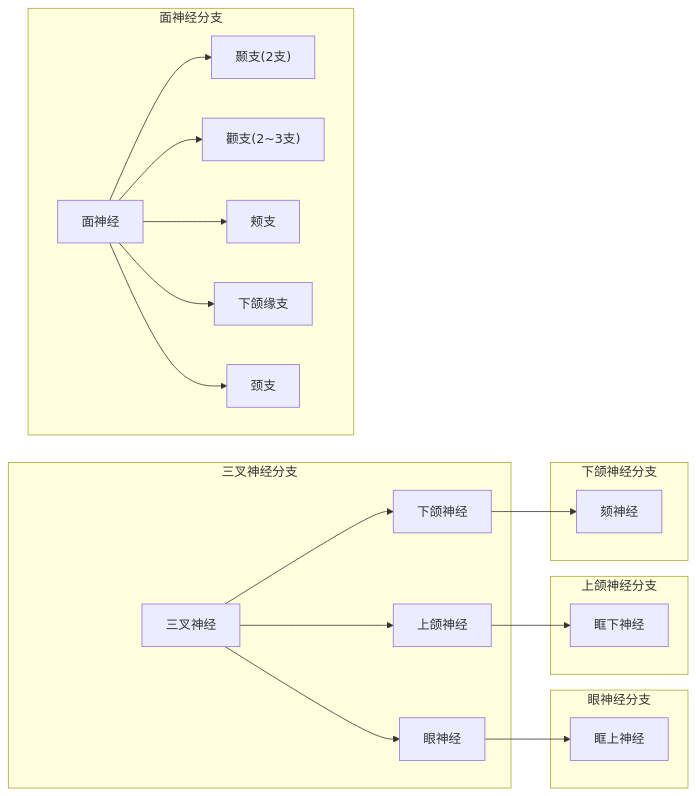
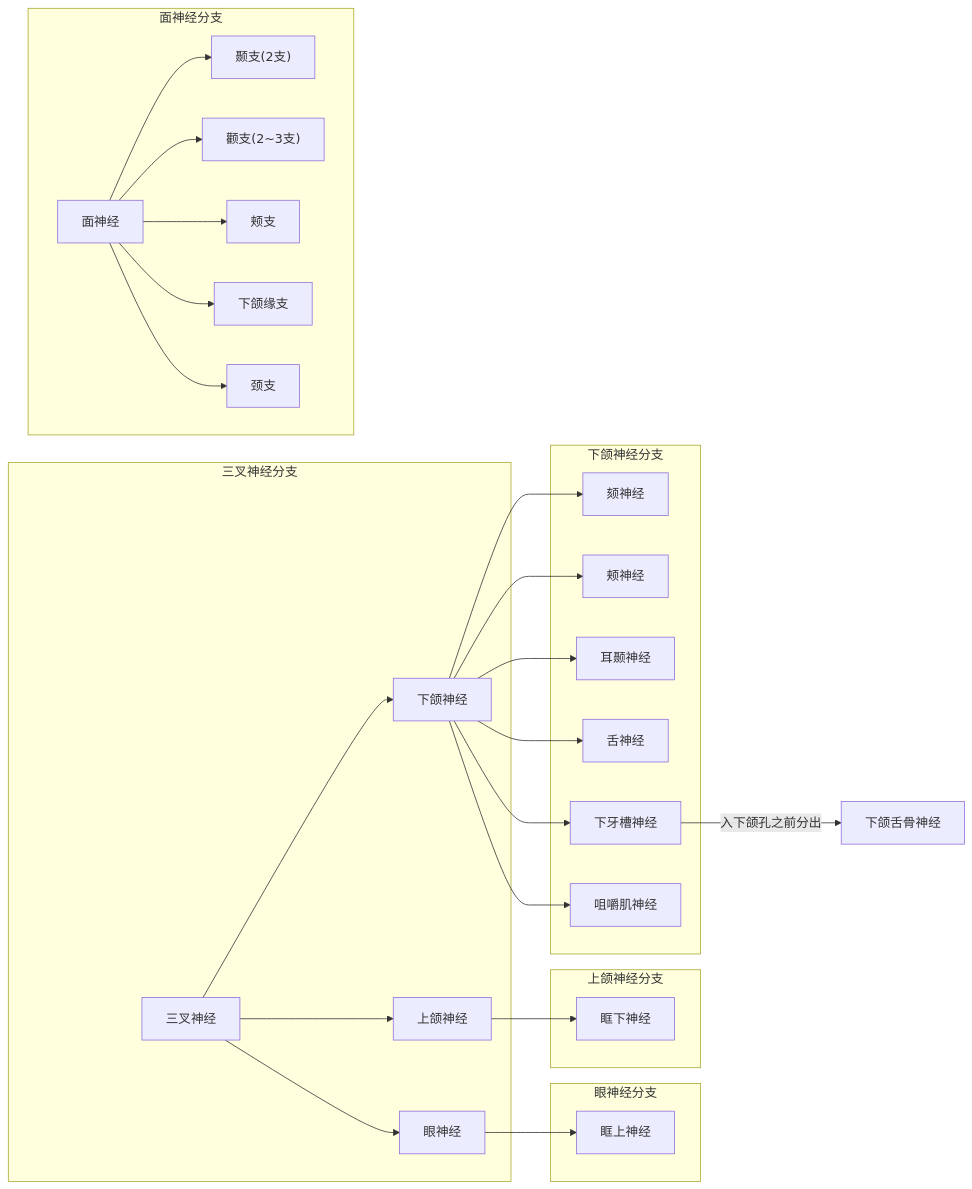
The diagram in 局部解剖学/mermaid/面神经.mmd (lifegpc/study-notes), drawn with Mermaid before and after one commit. The commit also changed 4 other files, not shown here.

```diff
--- a/局部解剖学/mermaid/面神经.mmd
+++ b/局部解剖学/mermaid/面神经.mmd
@@ -1,23 +1,29 @@
 flowchart LR
 subgraph 三叉神经分支
 TN[三叉神经]-->ON[眼神经]
 TN-->MXN[上颌神经]
 TN-->MNN[下颌神经]
 end
 subgraph 眼神经分支
 ON-->眶上神经
 end
 subgraph 上颌神经分支
 MXN-->眶下神经
 end
 subgraph 下颌神经分支
 MNN-->颏神经
+MNN-->颊神经
+MNN-->耳颞神经
+MNN-->舌神经
+MNN-->IAN[下牙槽神经]
+MNN-->咀嚼肌神经
 end
+IAN-->|入下颌孔之前分出|下颌舌骨神经
 subgraph 面神经分支
 direction LR
 FN[面神经]-->TB["颞支(2支)"]
 FN-->ZB["颧支(2~3支)"]
 FN-->颊支
 FN-->下颌缘支
 FN-->颈支
 end
```
